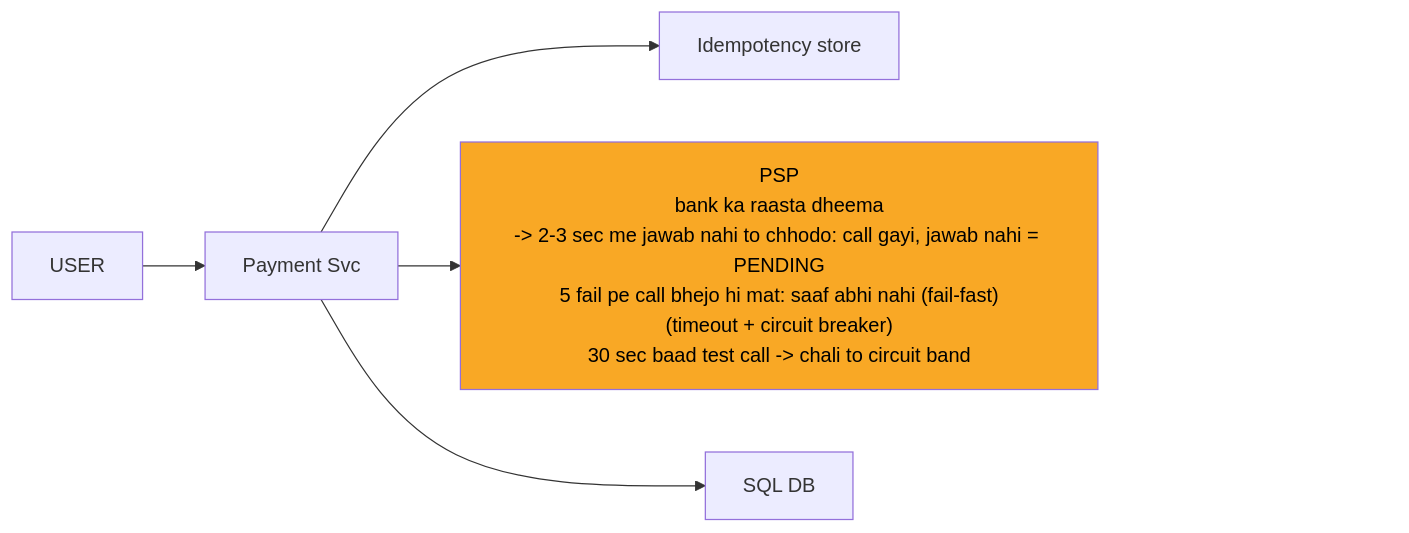
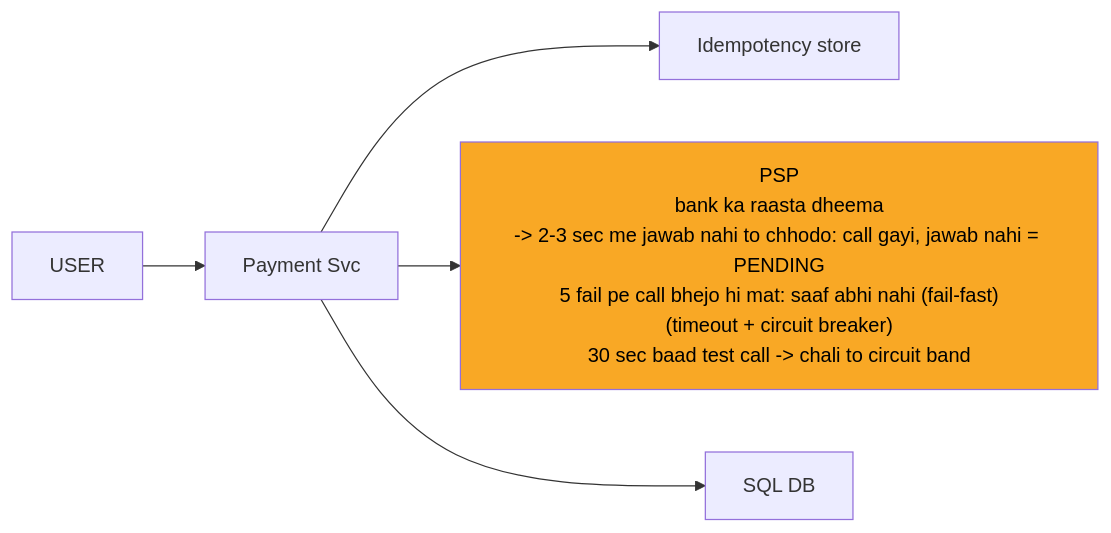
Before and after one commit to ArpanMaheshwari144/Prep: the fifth of 12 diagrams in 04_HLD/SYSTEM_DESIGNS/06_payment_system/06_payment_system.md, drawn with Mermaid. The commit also changed other lines of this file and 182 other files, not shown here.

Commit message:
hld 14 file: har diagram mermaid-cli se SVG image (source details me), n_pad hataya, render tool 04_HLD/tools

````diff
--- a/04_HLD/SYSTEM_DESIGNS/06_payment_system/06_payment_system.md
+++ b/04_HLD/SYSTEM_DESIGNS/06_payment_system/06_payment_system.md
@@ -241,17 +261,14 @@
 ```mermaid
 %%{init: {"flowchart": {"wrappingWidth": 450}}}%%
 flowchart LR
     n_USER["USER"]
     n_Payment_Svc["Payment Svc"]
     n_Idempotency_store["Idempotency store"]
     n_PSP["PSP<br/>bank ka raasta dheema<br/>-> 2-3 sec me jawab nahi to chhodo: call gayi, jawab nahi = PENDING<br/>5 fail pe call bhejo hi mat: saaf abhi nahi (fail-fast)<br/>(timeout + circuit breaker)<br/>30 sec baad test call -> chali to circuit band"]
     n_DB["SQL DB"]
     n_USER --> n_Payment_Svc
     n_Payment_Svc --> n_Idempotency_store
     n_Payment_Svc --> n_PSP
     n_Payment_Svc --> n_DB
-    n_pad["xxxxxxxxxxxxxxxx"]
-    n_PSP ~~~ n_pad
     style n_PSP fill:#f9a825,color:#000
-    style n_pad fill:none,stroke:none,color:#ffffff00
 ```
````
